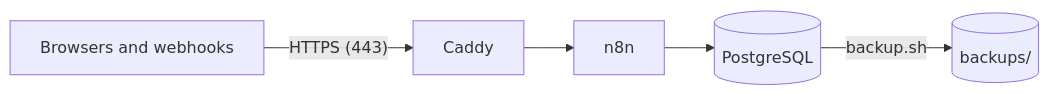
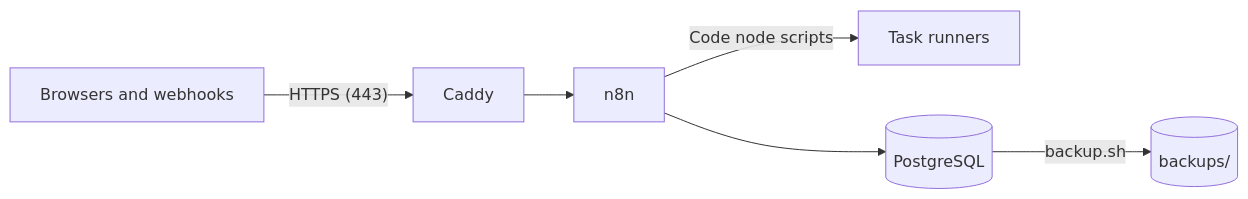
The diagram in deploy/README.md (sreent/n8n), drawn with Mermaid before and after one commit. The commit also changed other lines of this file and 2 other files, not shown here.

First line of the commit message:
build: Add the task runners container to the Docker Compose setup

````diff
--- a/deploy/README.md
+++ b/deploy/README.md
@@ -8,7 +8,8 @@
 ```mermaid
 flowchart LR
   users["Browsers and webhooks"] -- "HTTPS (443)" --> caddy["Caddy"]
   caddy --> n8n["n8n"]
+  n8n -- "Code node scripts" --> runners["Task runners"]
   n8n --> postgres[("PostgreSQL")]
   postgres -- "backup.sh" --> backups[("backups/")]
 ```
````
